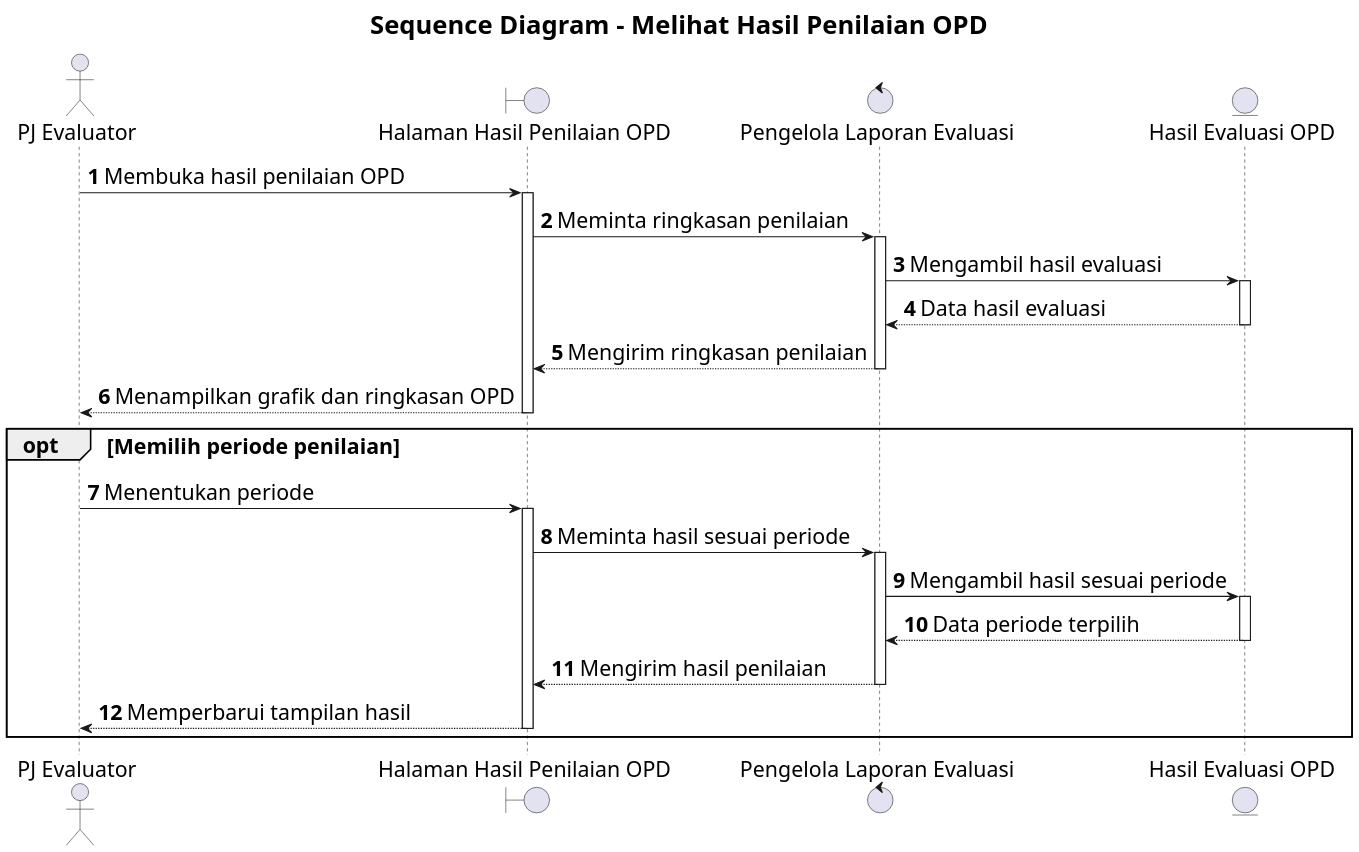
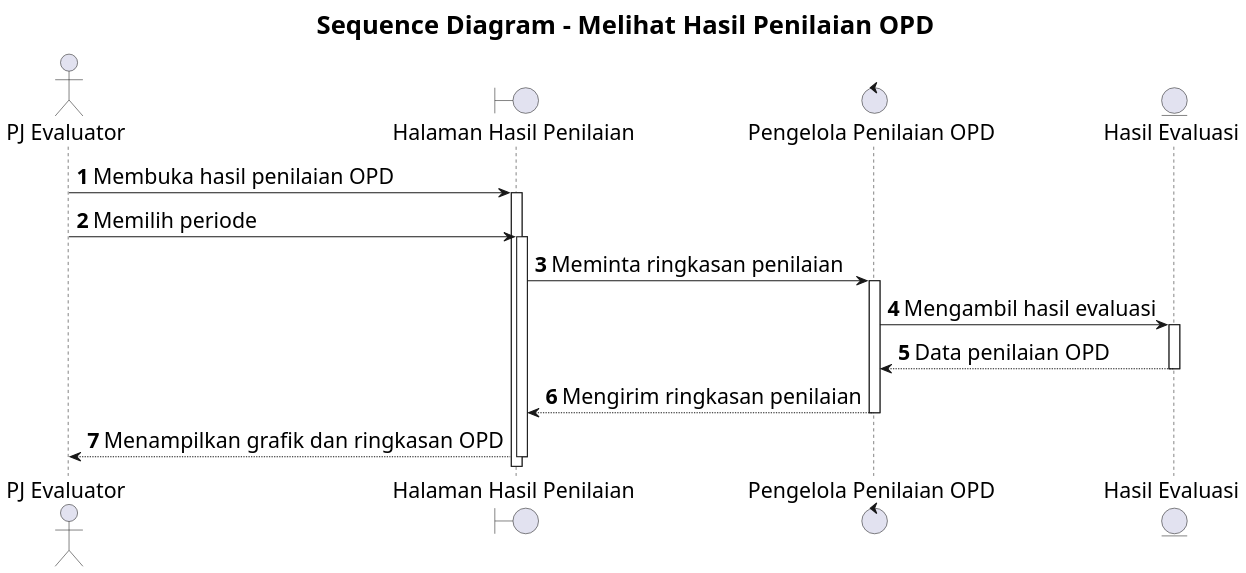
Before and after one commit to howlil/sop-generate-app: the diagram in docs/sequence/lampiran/pj-evaluator-melihat-hasil-penilaian-opd.md, drawn with PlantUML. The commit also changed other lines of this file and 20 other files, not shown here.

Commit message:
docs(sequence): simplify interaction detail across use cases

````diff
--- a/docs/sequence/lampiran/pj-evaluator-melihat-hasil-penilaian-opd.md
+++ b/docs/sequence/lampiran/pj-evaluator-melihat-hasil-penilaian-opd.md
@@ -16,33 +16,25 @@
 ```plantuml
 @startuml
 skinparam defaultFontSize 20
 skinparam titleFontSize 24
 skinparam dpi 160
 
 title Sequence Diagram - Melihat Hasil Penilaian OPD
 autonumber
 autoactivate on
 
 actor "PJ Evaluator" as A
-boundary "Halaman Hasil Penilaian OPD" as B
-control "Pengelola Laporan Evaluasi" as C
-entity "Hasil Evaluasi OPD" as D
+boundary "Halaman Hasil Penilaian" as B
+control "Pengelola Penilaian OPD" as C
+entity "Hasil Evaluasi" as D
 
 A -> B : Membuka hasil penilaian OPD
+A -> B : Memilih periode
 B -> C : Meminta ringkasan penilaian
 C -> D : Mengambil hasil evaluasi
-D --> C : Data hasil evaluasi
+D --> C : Data penilaian OPD
 C --> B : Mengirim ringkasan penilaian
 B --> A : Menampilkan grafik dan ringkasan OPD
 
-opt Memilih periode penilaian
-  A -> B : Menentukan periode
-  B -> C : Meminta hasil sesuai periode
-  C -> D : Mengambil hasil sesuai periode
-  D --> C : Data periode terpilih
-  C --> B : Mengirim hasil penilaian
-  B --> A : Memperbarui tampilan hasil
-end
-
 @enduml
 ```
````
